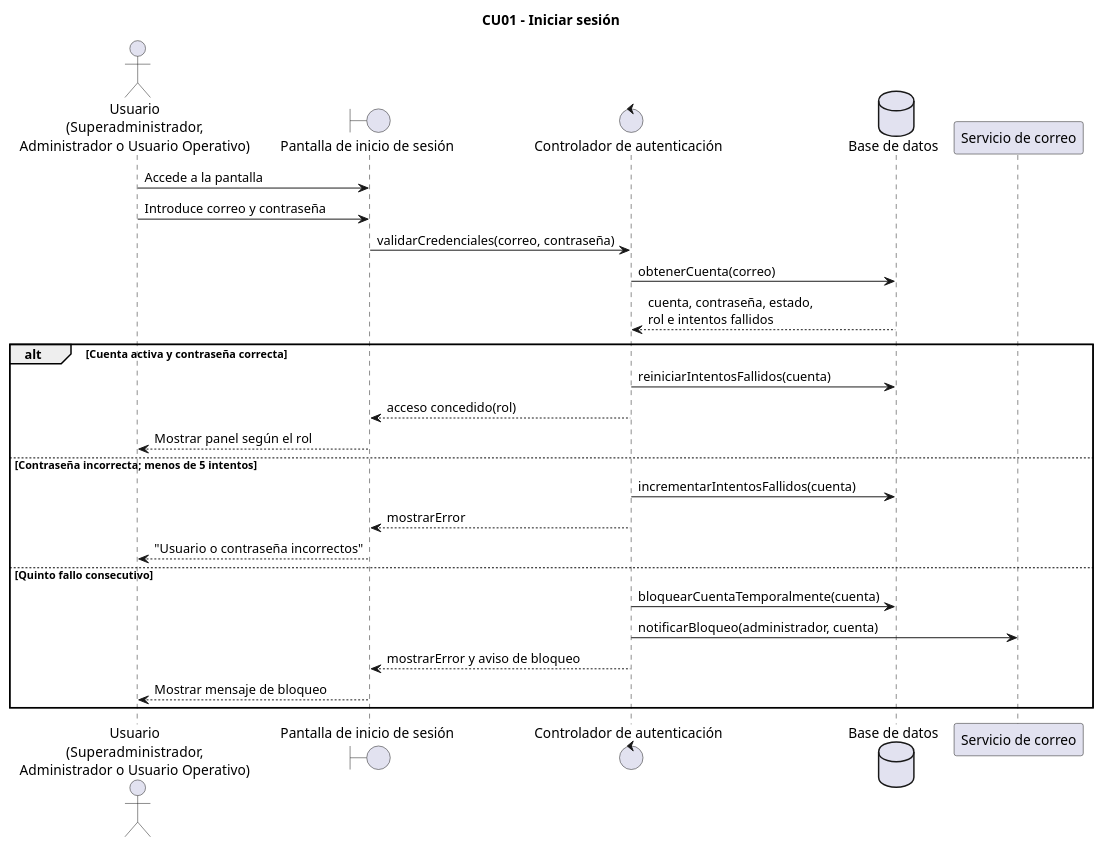
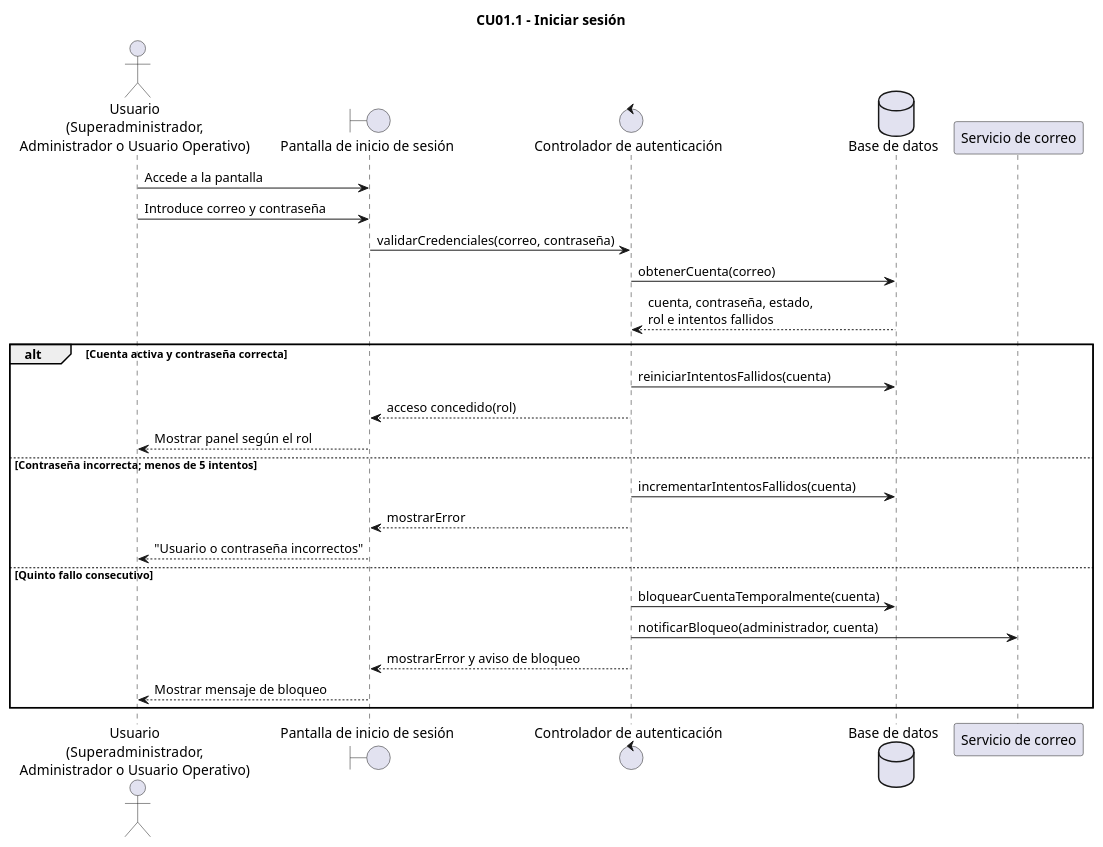
One commit to sandrardguezz/trabajo-ada changed the diagram in Diagramas/DiagramasSecuencia/CU01/DiagramaSecuencia.puml. Above: the diagram before and after it, drawn with PlantUML.

```diff
--- a/Diagramas/DiagramasSecuencia/CU01/DiagramaSecuencia.puml
+++ b/Diagramas/DiagramasSecuencia/CU01/DiagramaSecuencia.puml
@@ -1,33 +1,33 @@
 @startuml
-title CU01 - Iniciar sesión
+title CU01.1 - Iniciar sesión
 
 actor "Usuario\n(Superadministrador,\nAdministrador o Usuario Operativo)" as Usuario
 boundary "Pantalla de inicio de sesión" as Pantalla
 control "Controlador de autenticación" as Controlador
 database "Base de datos" as BD
 participant "Servicio de correo" as Correo
 
 Usuario -> Pantalla: Accede a la pantalla
 Usuario -> Pantalla: Introduce correo y contraseña
 Pantalla -> Controlador: validarCredenciales(correo, contraseña)
 Controlador -> BD: obtenerCuenta(correo)
 BD --> Controlador: cuenta, contraseña, estado,\nrol e intentos fallidos
 
 alt Cuenta activa y contraseña correcta
     Controlador -> BD: reiniciarIntentosFallidos(cuenta)
     Controlador --> Pantalla: acceso concedido(rol)
     Pantalla --> Usuario: Mostrar panel según el rol
 
 else Contraseña incorrecta; menos de 5 intentos
     Controlador -> BD: incrementarIntentosFallidos(cuenta)
     Controlador --> Pantalla: mostrarError
     Pantalla --> Usuario: "Usuario o contraseña incorrectos"
 
 else Quinto fallo consecutivo
     Controlador -> BD: bloquearCuentaTemporalmente(cuenta)
     Controlador -> Correo: notificarBloqueo(administrador, cuenta)
     Controlador --> Pantalla: mostrarError y aviso de bloqueo
     Pantalla --> Usuario: Mostrar mensaje de bloqueo
 end
 
 @enduml
```
